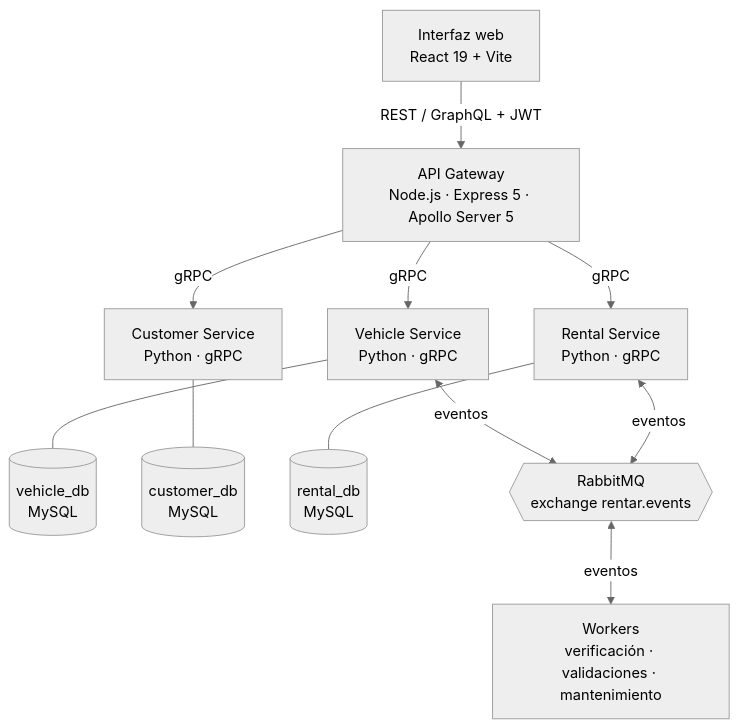
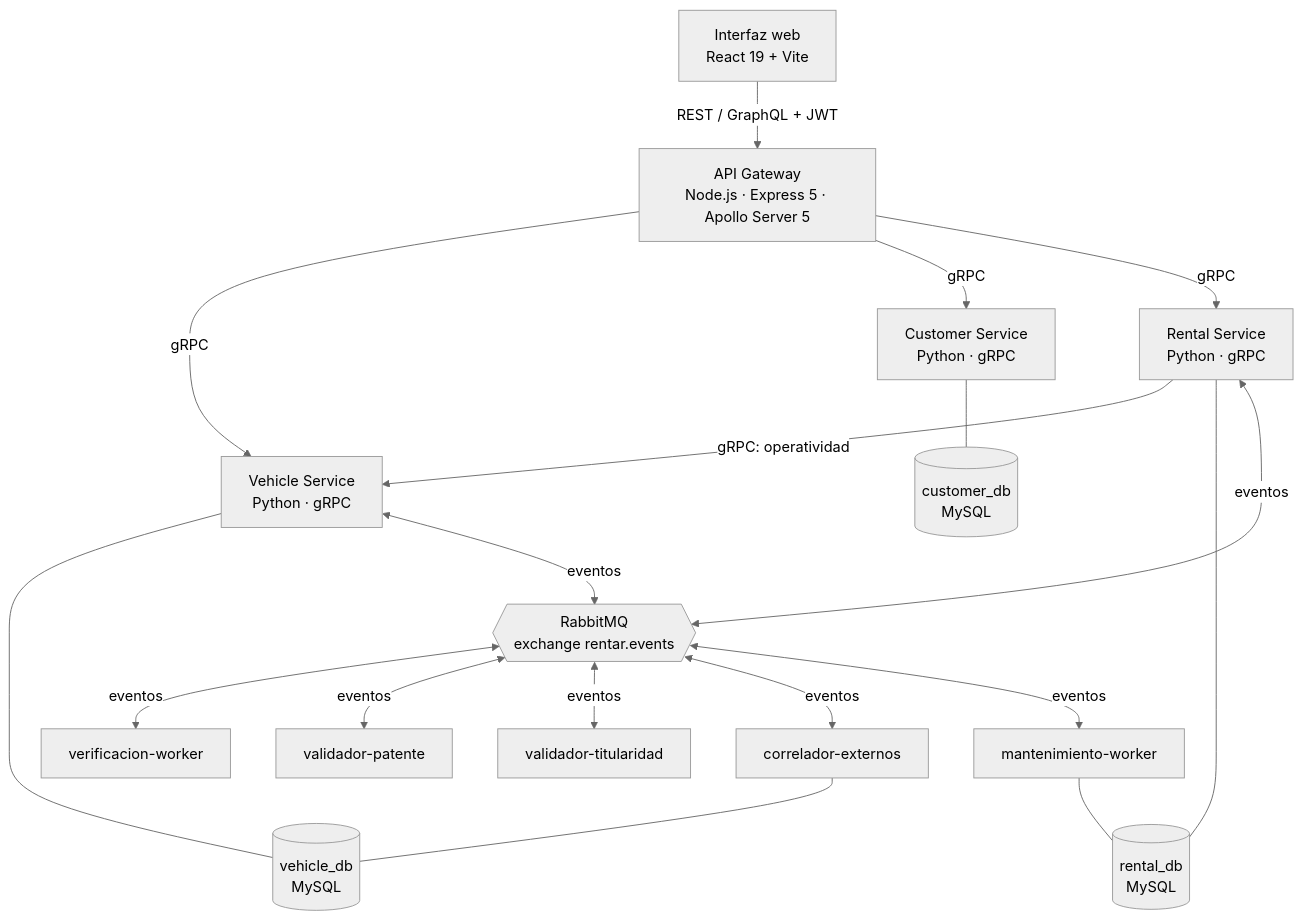
One commit to alejoalmiron/rentar-platform changed the diagram in README.md. Above: the diagram before and after it, drawn with Mermaid (neutral theme). The commit also changed other lines of this file and 49 other files, not shown here.

````diff
--- a/README.md
+++ b/README.md
@@ -15,24 +76,35 @@
 ```mermaid
 flowchart TB
     UI["Interfaz web<br/>React 19 + Vite"]
     GW["API Gateway<br/>Node.js · Express 5 · Apollo Server 5"]
     VS["Vehicle Service<br/>Python · gRPC"]
     CS["Customer Service<br/>Python · gRPC"]
     RS["Rental Service<br/>Python · gRPC"]
     VDB[("vehicle_db<br/>MySQL")]
     CDB[("customer_db<br/>MySQL")]
     RDB[("rental_db<br/>MySQL")]
     MQ{{"RabbitMQ<br/>exchange rentar.events"}}
-    WK["Workers<br/>verificación · validaciones · mantenimiento"]
+    VW["verificacion-worker"]
+    VP["validador-patente"]
+    VT["validador-titularidad"]
+    CE["correlador-externos"]
+    MW["mantenimiento-worker"]
 
     UI -- "REST / GraphQL + JWT" --> GW
     GW -- gRPC --> VS
     GW -- gRPC --> CS
     GW -- gRPC --> RS
+    RS -- "gRPC: operatividad" --> VS
     VS --- VDB
     CS --- CDB
     RS --- RDB
     VS <-- eventos --> MQ
     RS <-- eventos --> MQ
-    MQ <-- eventos --> WK
+    MQ <-- eventos --> VW
+    MQ <-- eventos --> VP
+    MQ <-- eventos --> VT
+    MQ <-- eventos --> CE
+    MQ <-- eventos --> MW
+    CE --- VDB
+    MW --- RDB
 ```
````
